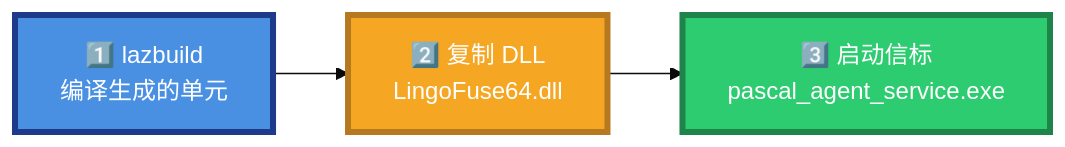
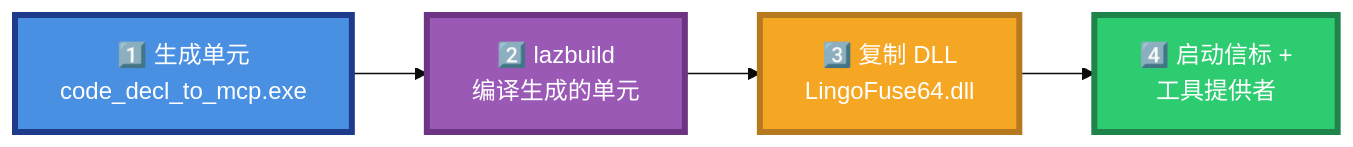
Before and after one commit to PassByYou888/LingoFuse-pasAgent: diagram 28 of 38 in code_generate_mcp.md, drawn with Mermaid (base theme). The commit also changed other lines of this file and 33 other files, not shown here.

````diff
--- a/code_generate_mcp.md
+++ b/code_generate_mcp.md
@@ -610,9 +637,11 @@
 ```mermaid
 flowchart LR
-    S1["1️⃣ lazbuild<br/>编译生成的单元"] --> S2["2️⃣ 复制 DLL<br/>LingoFuse64.dll"]
-    S2 --> S3["3️⃣ 启动信标<br/>pascal_agent_service.exe"]
+    S1["1️⃣ 生成单元<br/>code_decl_to_mcp.exe"] --> S2["2️⃣ lazbuild<br/>编译生成的单元"]
+    S2 --> S3["3️⃣ 复制 DLL<br/>LingoFuse64.dll"]
+    S3 --> S4["4️⃣ 启动信标 +<br/>工具提供者"]
 
     style S1 fill:#4A90E2,stroke:#1E3A8A,stroke-width:4px,color:#FFFFFF
-    style S2 fill:#F5A623,stroke:#B7791F,stroke-width:4px,color:#FFFFFF
-    style S3 fill:#2ECC71,stroke:#1E8449,stroke-width:4px,color:#FFFFFF
+    style S2 fill:#9B59B6,stroke:#6C3483,stroke-width:4px,color:#FFFFFF
+    style S3 fill:#F5A623,stroke:#B7791F,stroke-width:4px,color:#FFFFFF
+    style S4 fill:#2ECC71,stroke:#1E8449,stroke-width:4px,color:#FFFFFF
 ```
````
